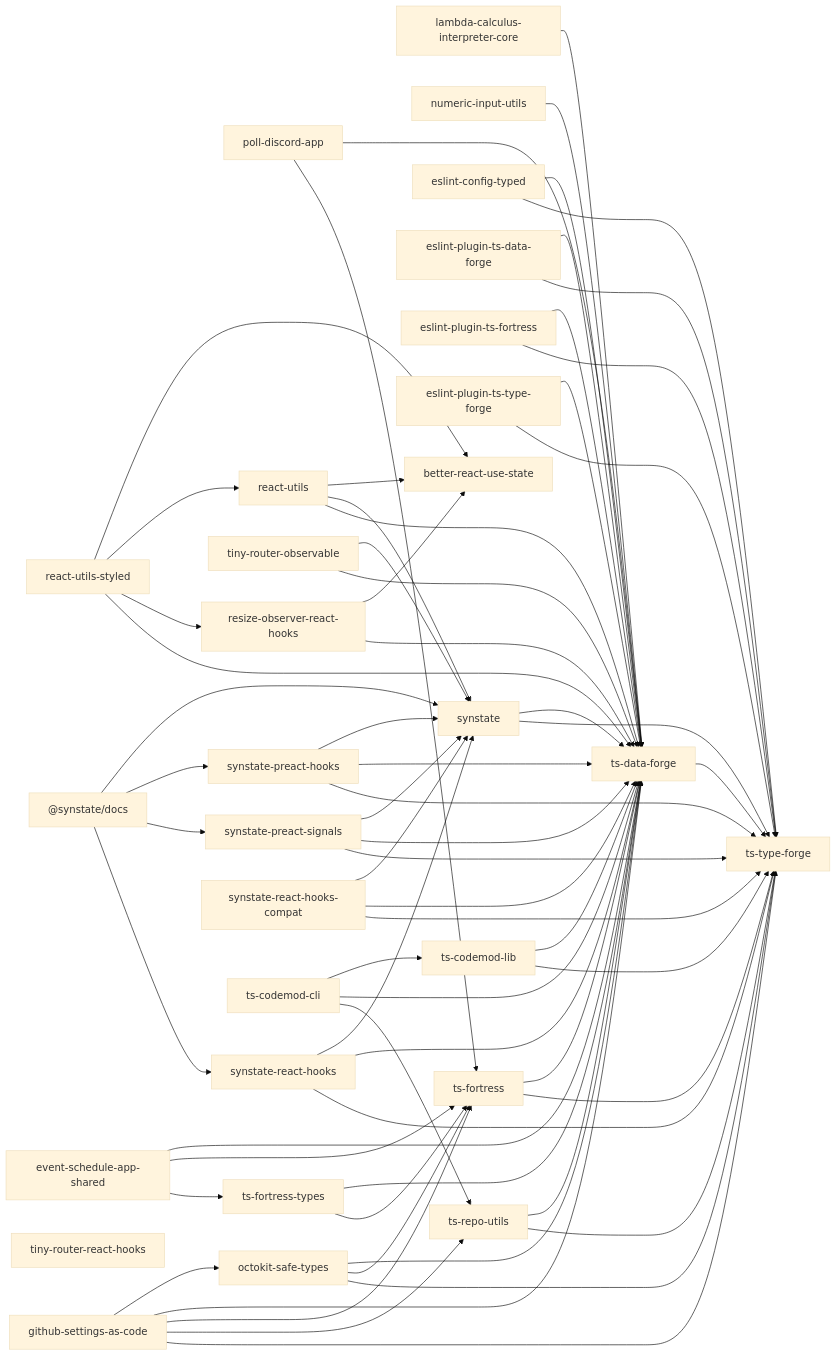
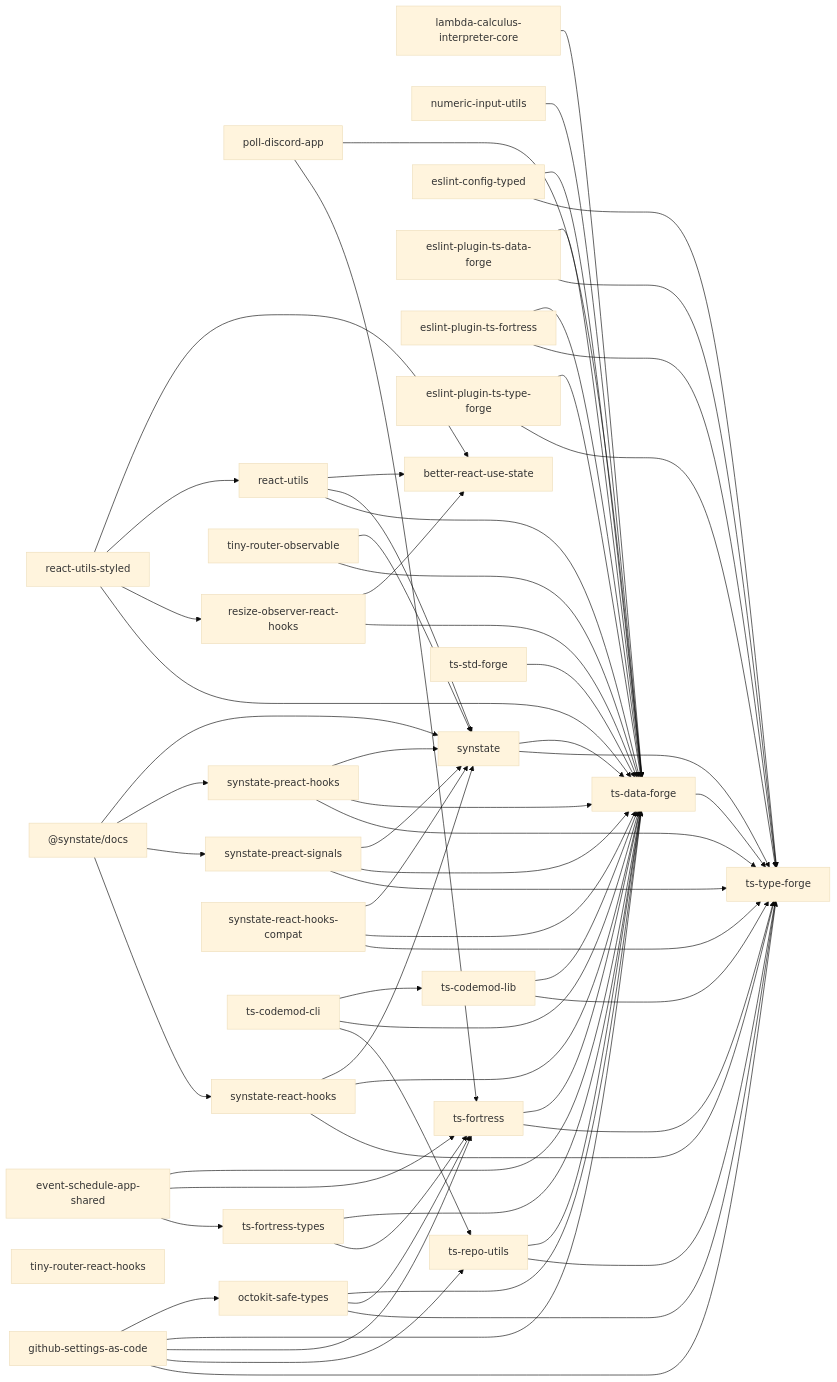
The diagram in docs/package-dependencies.md (noshiro-pf/mono), drawn with Mermaid (base theme) before and after one commit. The commit also changed other lines of this file and 3 other files, not shown here.

First line of the commit message:
fix: catch a stale dependency graph instead of shipping one (#1715)

````diff
--- a/docs/package-dependencies.md
+++ b/docs/package-dependencies.md
@@ -40,6 +40,7 @@
   ts_data_forge["ts-data-forge"]
   ts_fortress["ts-fortress"]
   ts_repo_utils["ts-repo-utils"]
+  ts_std_forge["ts-std-forge"]
   ts_type_forge["ts-type-forge"]
   event_schedule_app_shared --> ts_data_forge
   event_schedule_app_shared --> ts_fortress
@@ -105,4 +106,5 @@
   ts_fortress --> ts_type_forge
   ts_repo_utils --> ts_data_forge
   ts_repo_utils --> ts_type_forge
+  ts_std_forge --> ts_data_forge
 ```
````
